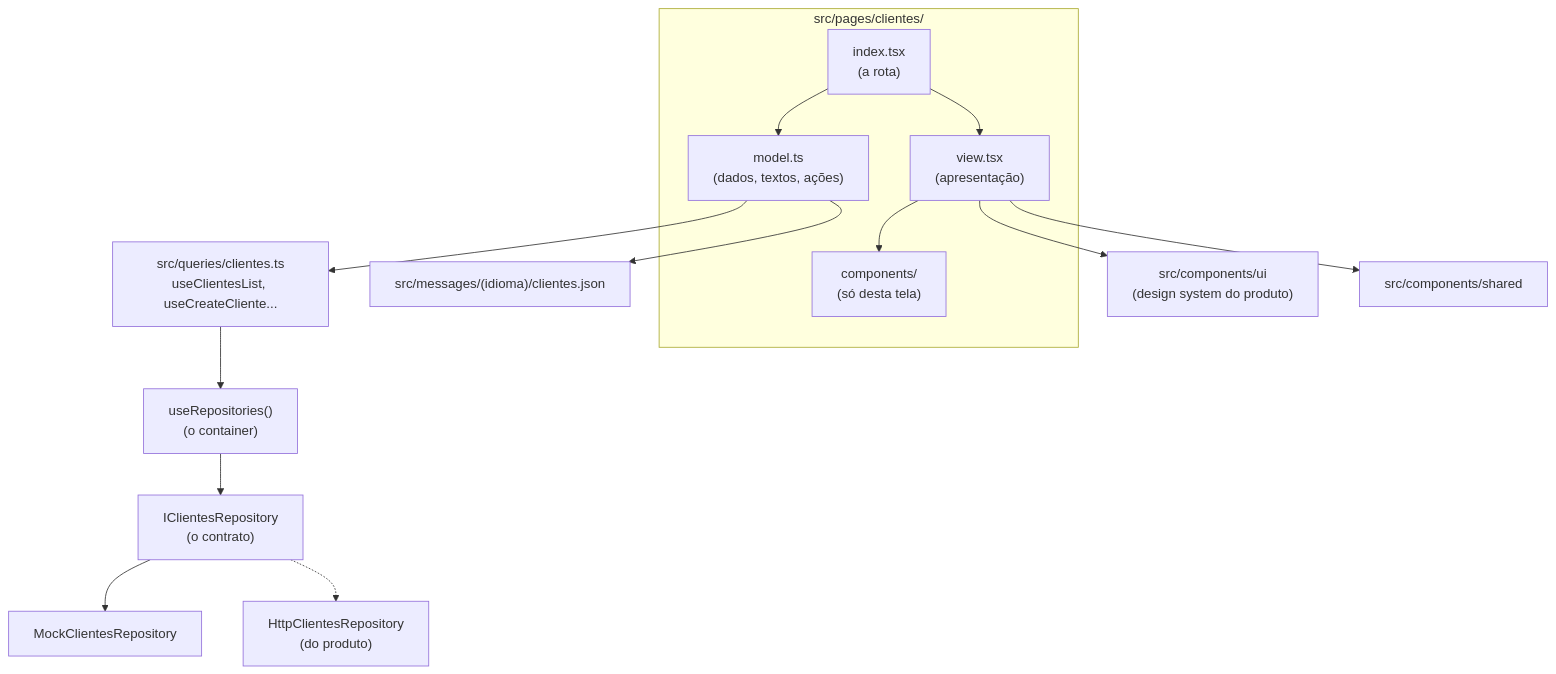
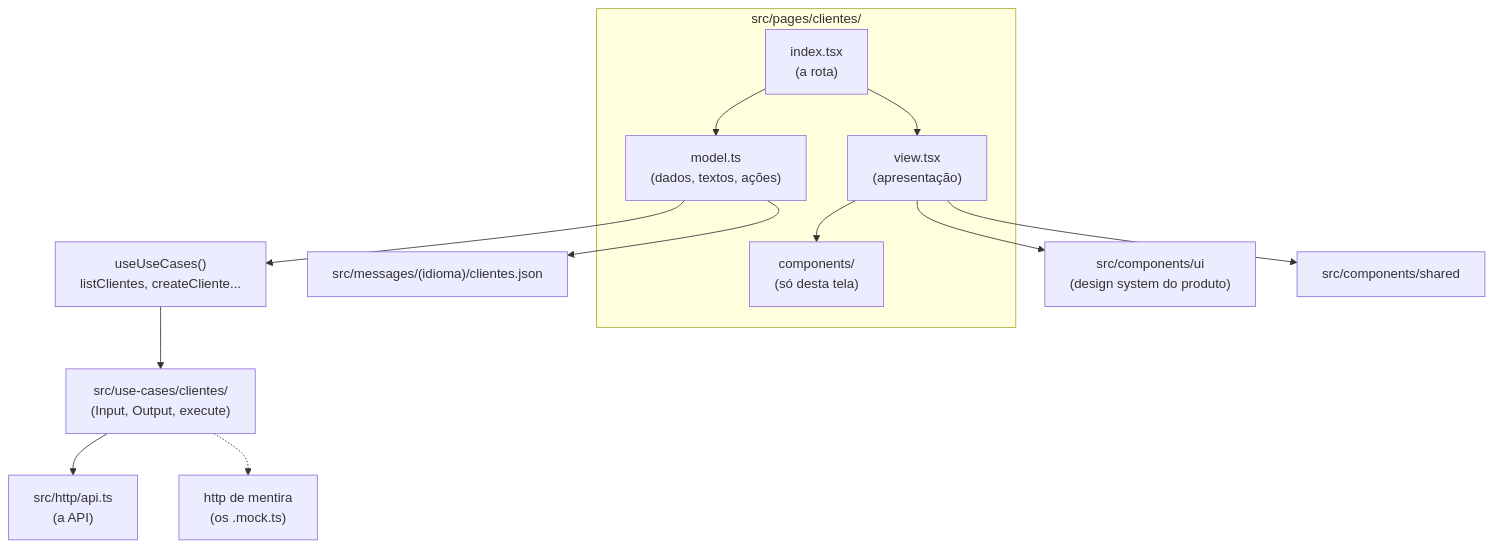
One commit to matizze/prumo changed the diagram in docs/concepts/architecture.md. Above: the diagram before and after it, drawn with Mermaid. The commit also changed other lines of this file and 24 other files, not shown here.

First line of the commit message:
docs: tira repository e queries da documentação e escreve o guia de migração

````diff
--- a/docs/concepts/architecture.md
+++ b/docs/concepts/architecture.md
@@ -21,20 +21,19 @@
 ```mermaid
 flowchart TB
   subgraph tela["src/pages/clientes/"]
     index["index.tsx<br/>(a rota)"]
     model["model.ts<br/>(dados, textos, ações)"]
     view["view.tsx<br/>(apresentação)"]
     comps["components/<br/>(só desta tela)"]
   end
   index --> model
   index --> view
   view --> comps
-  model --> q["src/queries/clientes.ts<br/>useClientesList, useCreateCliente..."]
+  model --> uc["useUseCases()<br/>listClientes, createCliente..."]
   model --> m["src/messages/(idioma)/clientes.json"]
-  q --> ctx["useRepositories()<br/>(o container)"]
-  ctx --> contract["IClientesRepository<br/>(o contrato)"]
-  contract --> mock["MockClientesRepository"]
-  contract -.-> http["HttpClientesRepository<br/>(do produto)"]
+  uc --> uca["src/use-cases/clientes/<br/>(Input, Output, execute)"]
+  uca --> http["src/http/api.ts<br/>(a API)"]
+  uca -.-> mock["http de mentira<br/>(os .mock.ts)"]
   view --> ui["src/components/ui<br/>(design system do produto)"]
   view --> shared["src/components/shared"]
 ```
````
